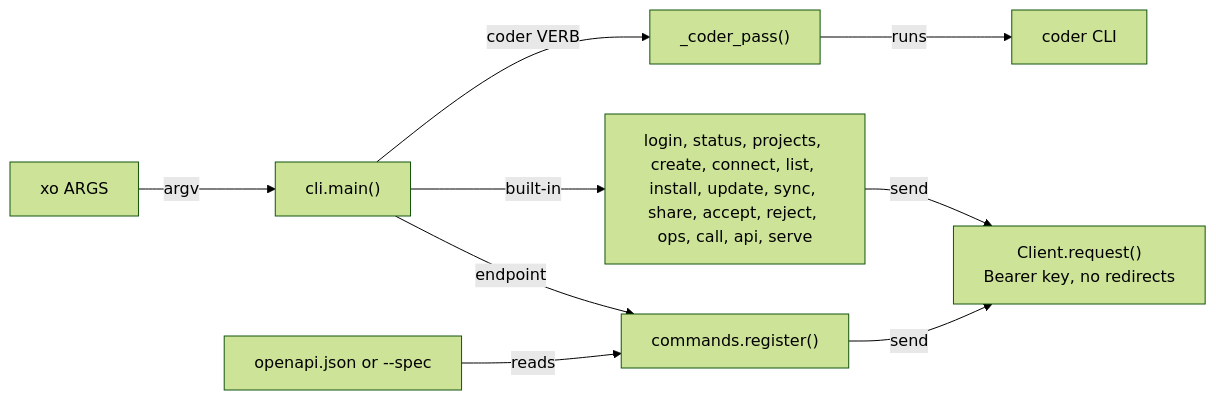
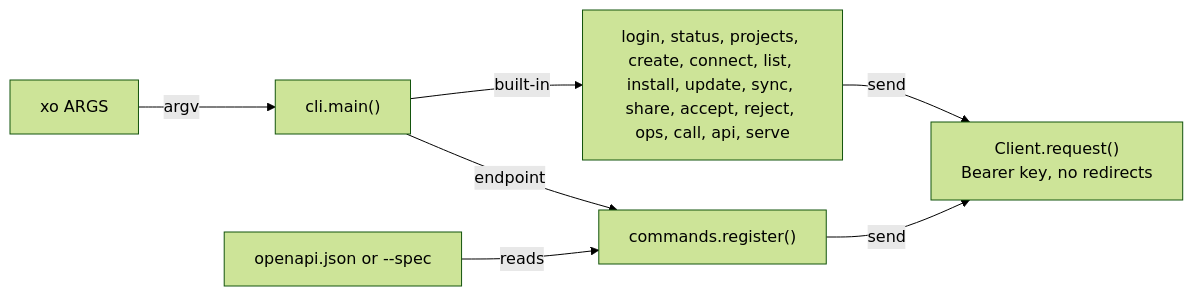
The second of 30 diagrams in docs/architecture.md (quirq-ai/xo), drawn with Mermaid (forest theme) before and after one commit. The commit also changed other lines of this file and 18 other files, not shown here.

````diff
--- a/docs/architecture.md
+++ b/docs/architecture.md
@@ -57,10 +53,9 @@
 ```mermaid
 flowchart LR
   argv[xo ARGS] -- argv --> main["cli.main()"]
-  main -- coder VERB --> pass["_coder_pass()"] -- runs --> coderc[coder CLI]
   main -- built-in --> builtin[login, status, projects, create, connect, list, install, update, sync, share, accept, reject, ops, call, api, serve]
   main -- endpoint --> gen["commands.register()"]
   spec[openapi.json or --spec] -- reads --> gen
   builtin -- send --> client["Client.request()<br/>Bearer key, no redirects"]
   gen -- send --> client
 ```
````
